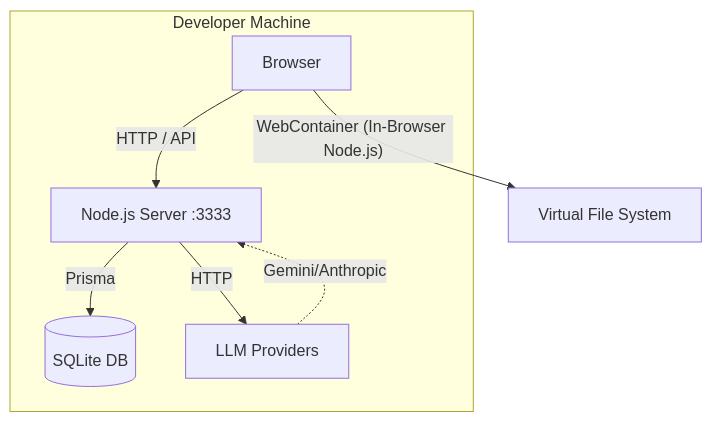
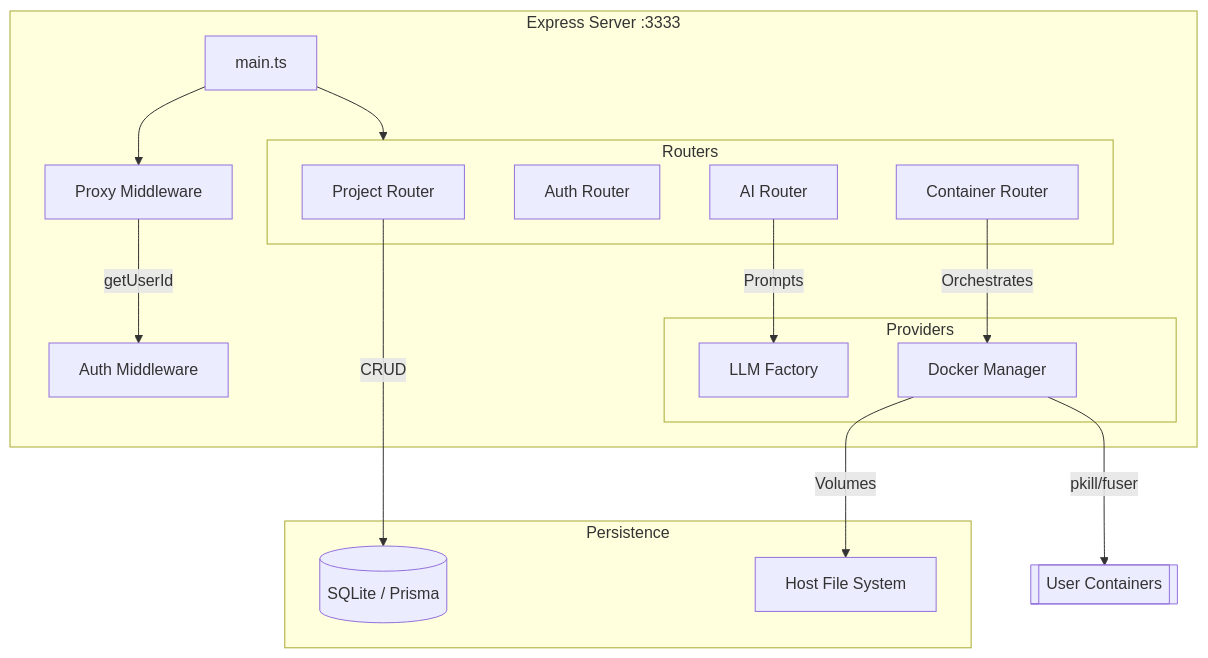
One commit to BenjaminDobler/adorable changed the second of 5 diagrams in roadmap/architecture-diagrams.md. Above: the diagram before and after it, drawn with Mermaid. The commit also changed other lines of this file and 2 other files, not shown here.

First line of the commit message:
docs: update architecture diagrams and fix docker exec on paused containers

````diff
--- a/roadmap/architecture-diagrams.md
+++ b/roadmap/architecture-diagrams.md
@@ -51,17 +61,36 @@
 ```mermaid
 graph TD
-    subgraph Local_Machine [Developer Machine]
-        Browser[Browser]
-        Server[Node.js Server :3333]
-        DB[(SQLite DB)]
-        LLM[LLM Providers]
+    subgraph Express_App [Express Server :3333]
+        Main[main.ts]
+        Proxy[Proxy Middleware]
+        Auth[Auth Middleware]
+        
+        subgraph Routers
+            ProjR[Project Router]
+            AuthR[Auth Router]
+            AIR[AI Router]
+            ContR[Container Router]
+        end
+        
+        subgraph Providers
+            DockerM[Docker Manager]
+            LLM[LLM Factory]
+        end
     end
 
-    Browser -- "HTTP / API" --> Server
-    Browser -- "WebContainer (In-Browser Node.js)" --> BrowserFS[Virtual File System]
+    subgraph Persistence
+        DB[(SQLite / Prisma)]
+        HostFS[Host File System]
+    end
+
+    Main --> Proxy
+    Main --> Routers
     
-    Server -- "Prisma" --> DB
-    Server -- "HTTP" --> LLM
+    Proxy -- "getUserId" --> Auth
+    ProjR -- "CRUD" --> DB
+    ContR -- "Orchestrates" --> DockerM
+    AIR -- "Prompts" --> LLM
     
-    LLM -.-> |Gemini/Anthropic| Server
+    DockerM -- "Volumes" --> HostFS
+    DockerM -- "pkill/fuser" --> Containers[[User Containers]]
 ```
````
